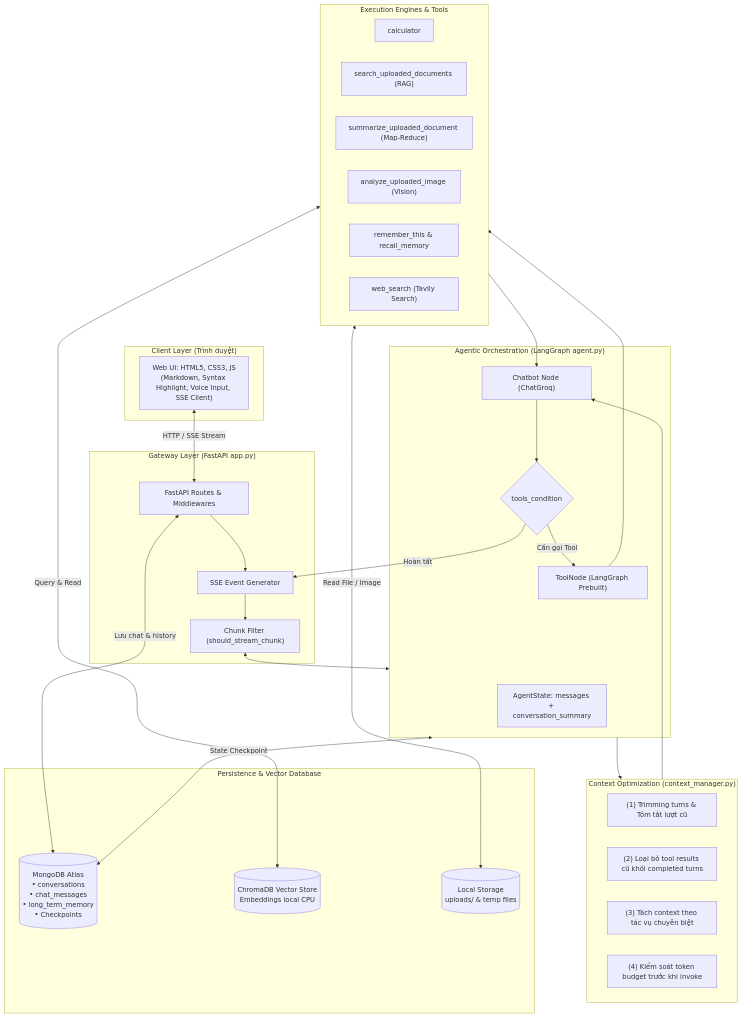
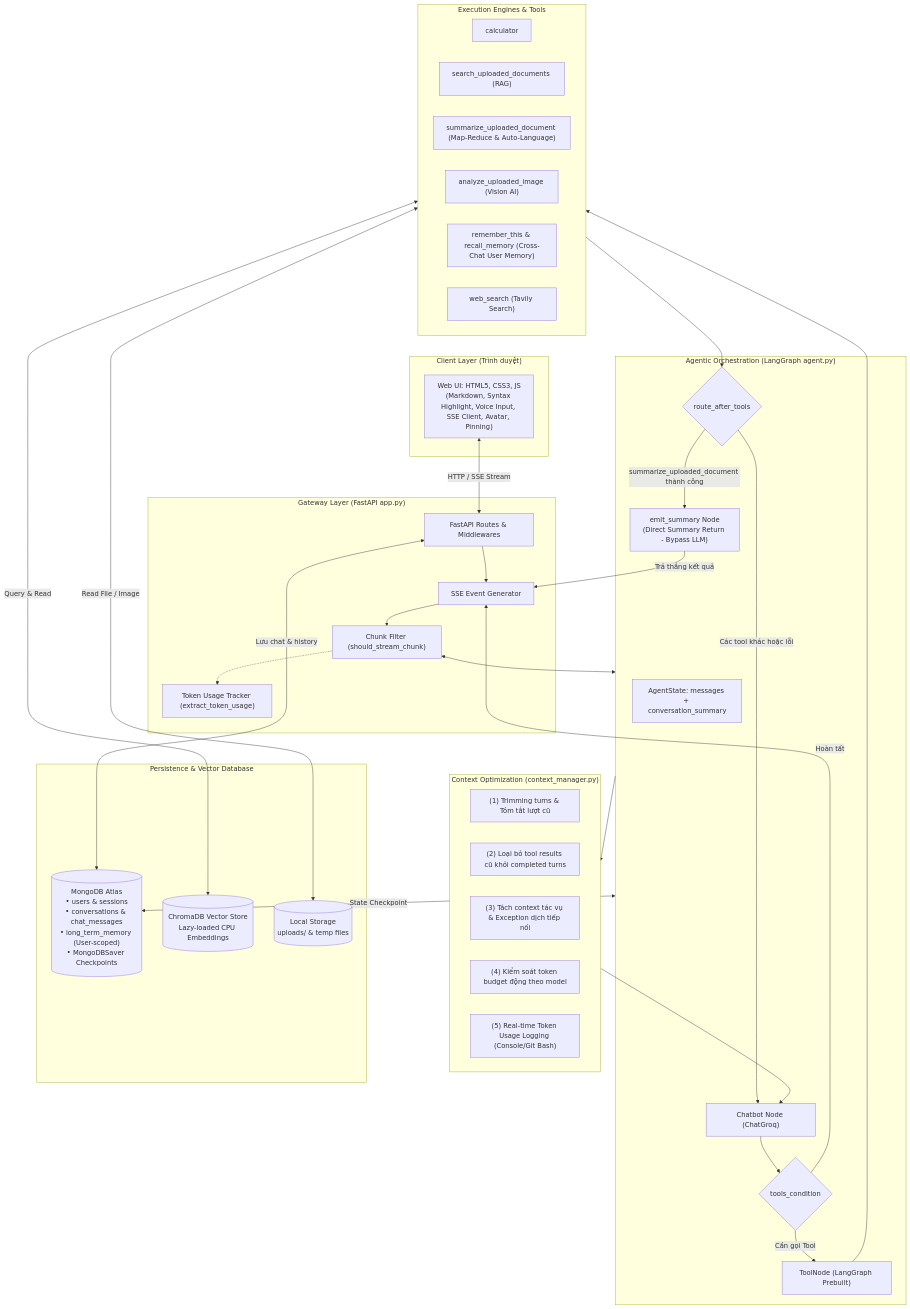
One commit to Salanky79/Tit-Chatbot changed the first of 5 diagrams in README.md. Above: the diagram before and after it, drawn with Mermaid. The commit also changed other lines of this file, not shown here.

````diff
--- a/README.md
+++ b/README.md
@@ -59,59 +63,68 @@
 ```mermaid
 flowchart TD
     subgraph ClientLayer ["Client Layer (Trình duyệt)"]
-        UI["Web UI: HTML5, CSS3, JS<br/>(Markdown, Syntax Highlight, Voice Input, SSE Client)"]
+        UI["Web UI: HTML5, CSS3, JS<br/>(Markdown, Syntax Highlight, Voice Input, SSE Client, Avatar, Pinning)"]
     end
 
     subgraph GatewayLayer ["Gateway Layer (FastAPI app.py)"]
         Router["FastAPI Routes & Middlewares"]
         SSEGen["SSE Event Generator"]
         Filter["Chunk Filter (should_stream_chunk)"]
+        TokenTracker["Token Usage Tracker (extract_token_usage)"]
     end
 
     subgraph AgentLayer ["Agentic Orchestration (LangGraph agent.py)"]
         GraphState["AgentState: messages + conversation_summary"]
         ChatbotNode["Chatbot Node (ChatGroq)"]
         Condition{"tools_condition"}
         ToolNode["ToolNode (LangGraph Prebuilt)"]
+        RouteTools{"route_after_tools"}
+        EmitSummary["emit_summary Node<br/>(Direct Summary Return - Bypass LLM)"]
     end
 
     subgraph OptimizationLayer ["Context Optimization (context_manager.py)"]
         S1["(1) Trimming turns & Tóm tắt lượt cũ"]
         S2["(2) Loại bỏ tool results cũ khỏi completed turns"]
-        S3["(3) Tách context theo tác vụ chuyên biệt"]
-        S4["(4) Kiểm soát token budget trước khi invoke"]
+        S3["(3) Tách context tác vụ & Exception dịch tiếp nối"]
+        S4["(4) Kiểm soát token budget động theo model"]
+        S5["(5) Real-time Token Usage Logging (Console/Git Bash)"]
     end
 
     subgraph ToolsLayer ["Execution Engines & Tools"]
         T1["calculator"]
         T2["search_uploaded_documents (RAG)"]
-        T3["summarize_uploaded_document (Map-Reduce)"]
-        T4["analyze_uploaded_image (Vision)"]
-        T5["remember_this & recall_memory"]
+        T3["summarize_uploaded_document (Map-Reduce & Auto-Language)"]
+        T4["analyze_uploaded_image (Vision AI)"]
+        T5["remember_this & recall_memory (Cross-Chat User Memory)"]
         T6["web_search (Tavily Search)"]
     end
 
     subgraph StorageLayer ["Persistence & Vector Database"]
-        MongoDB[("MongoDB Atlas<br/>• conversations<br/>• chat_messages<br/>• long_term_memory<br/>• Checkpoints")]
-        ChromaDB[("ChromaDB Vector Store<br/>Embeddings local CPU")]
+        MongoDB[("MongoDB Atlas<br/>• users & sessions<br/>• conversations & chat_messages<br/>• long_term_memory (User-scoped)<br/>• MongoDBSaver Checkpoints")]
+        ChromaDB[("ChromaDB Vector Store<br/>Lazy-loaded CPU Embeddings")]
         LocalFiles[("Local Storage<br/>uploads/ & temp files")]
     end
 
     UI <-->|HTTP / SSE Stream| Router
     Router --> SSEGen
     SSEGen --> Filter
     Filter <--> AgentLayer
+    Filter -.-> TokenTracker
 
     AgentLayer --> OptimizationLayer
     OptimizationLayer --> ChatbotNode
     ChatbotNode --> Condition
     Condition -->|Cần gọi Tool| ToolNode
     Condition -->|Hoàn tất| SSEGen
     ToolNode --> ToolsLayer
-    ToolsLayer --> ChatbotNode
+    ToolsLayer --> RouteTools
+
+    RouteTools -->|summarize_uploaded_document thành công| EmitSummary
+    RouteTools -->|Các tool khác hoặc lỗi| ChatbotNode
+    EmitSummary -->|Trả thẳng kết quả| SSEGen
 
     AgentLayer <-->|State Checkpoint| MongoDB
     Router <-->|Lưu chat & history| MongoDB
     ToolsLayer <-->|Query & Read| ChromaDB
     ToolsLayer <-->|Read File / Image| LocalFiles
 ```
````
